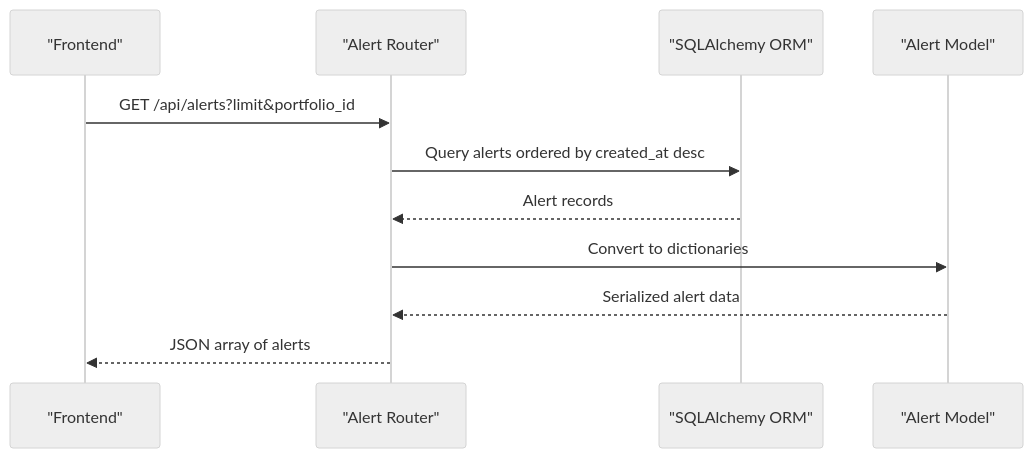
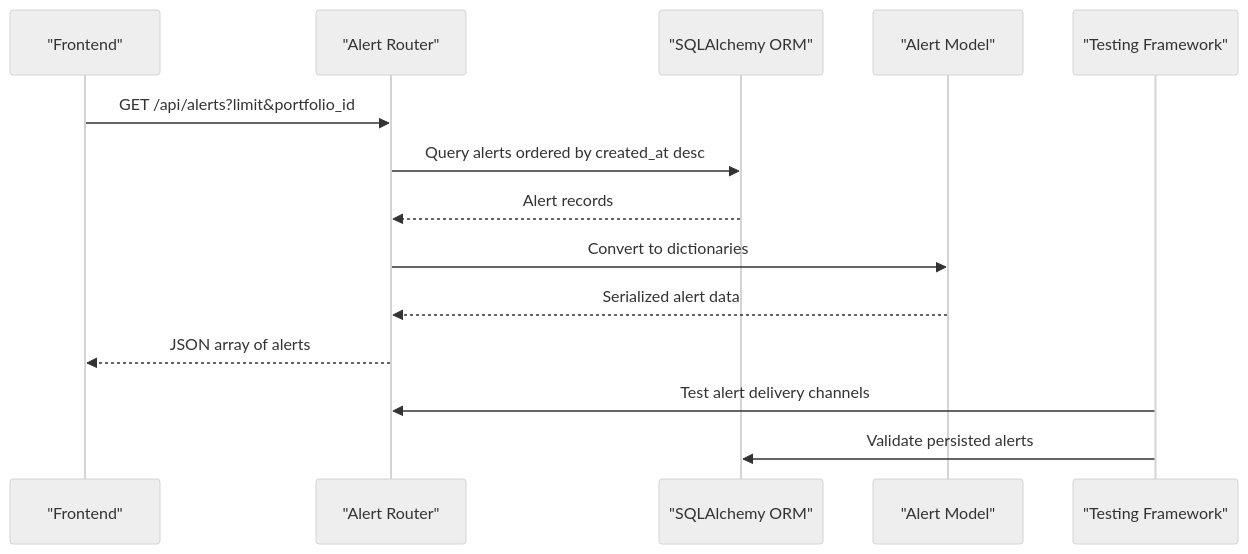
The second of 4 diagrams in .qoder/repowiki/en/content/API Documentation/Alert Management API.md (ishwarambare/ishwarambare-app), drawn with Mermaid (neutral theme) before and after one commit. The commit also changed other lines of this file and 4 other files, not shown here.

First line of the commit message:
test(alerts): add comprehensive testing framework for alert delivery and pipeline

````diff
--- a/.qoder/repowiki/en/content/API Documentation/Alert Management API.md
+++ b/.qoder/repowiki/en/content/API Documentation/Alert Management API.md
@@ -109,13 +141,16 @@
 ```mermaid
 sequenceDiagram
 participant FE as "Frontend"
 participant API as "Alert Router"
 participant DB as "SQLAlchemy ORM"
 participant Model as "Alert Model"
+participant Test as "Testing Framework"
 FE->>API : GET /api/alerts?limit&portfolio_id
 API->>DB : Query alerts ordered by created_at desc
 DB-->>API : Alert records
 API->>Model : Convert to dictionaries
 Model-->>API : Serialized alert data
 API-->>FE : JSON array of alerts
+Test->>API : Test alert delivery channels
+Test->>DB : Validate persisted alerts
 ```
````
